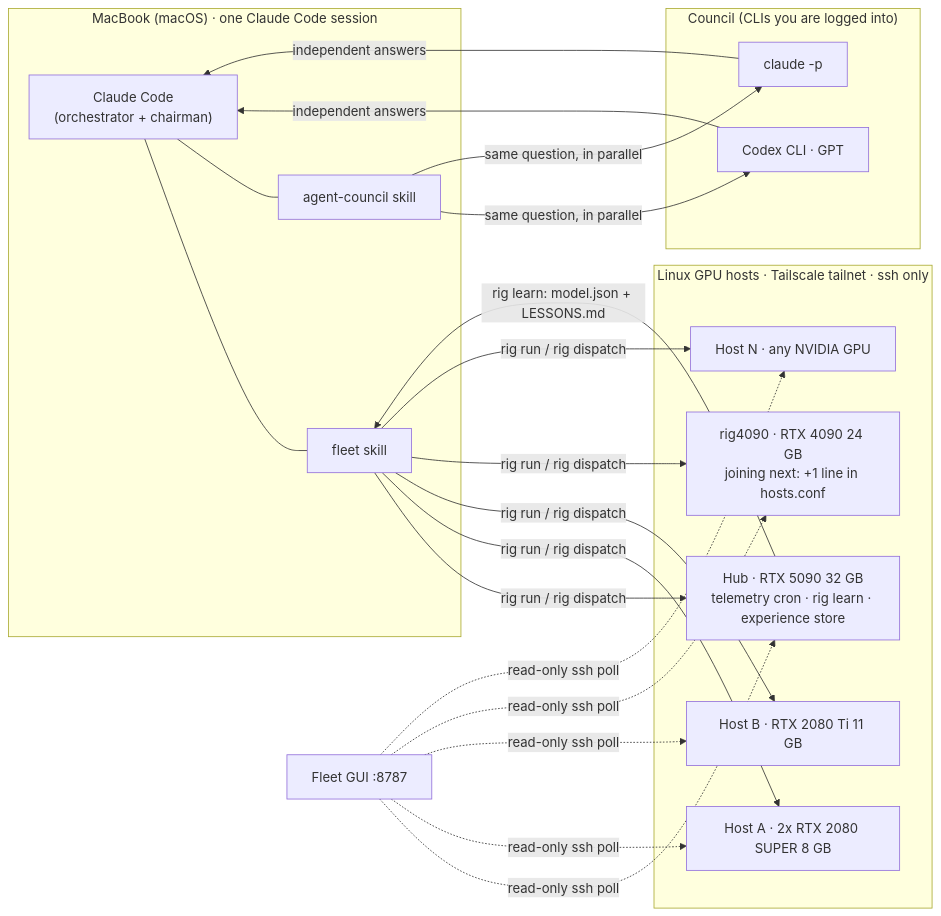
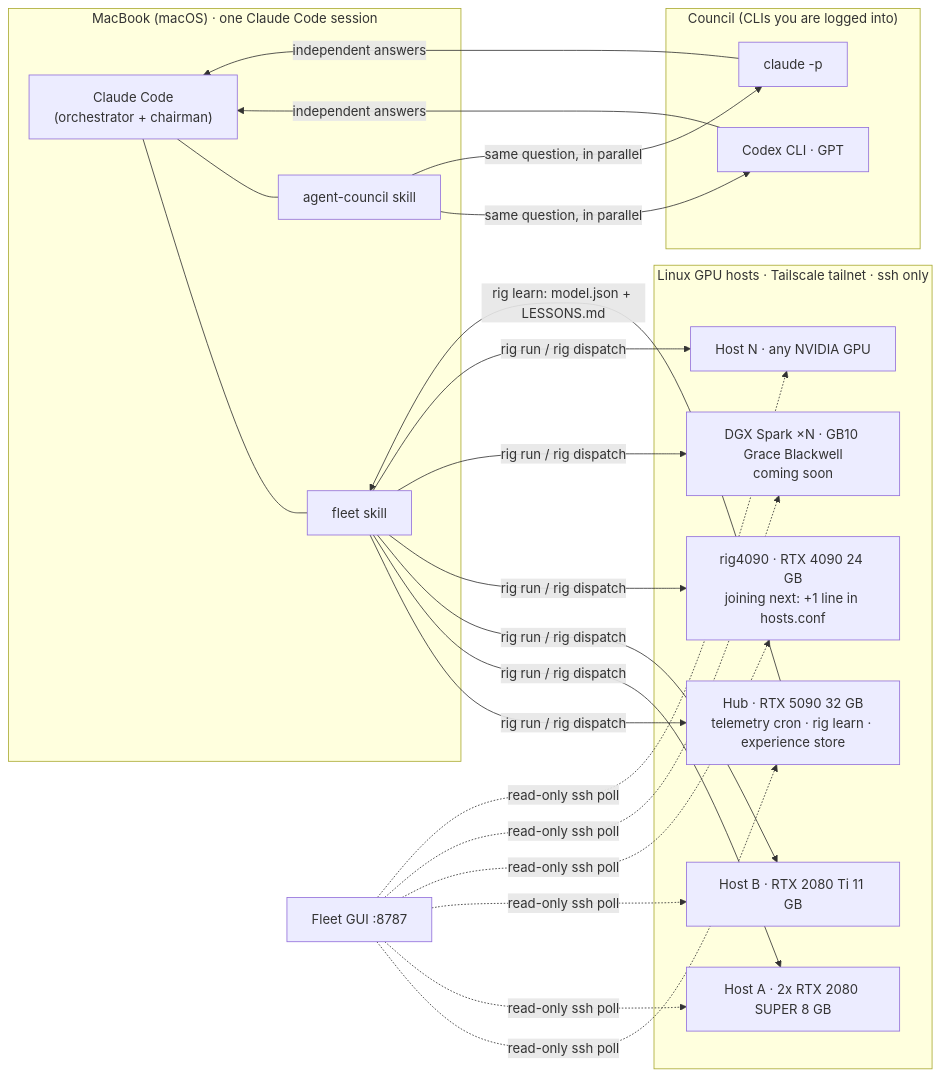
The diagram in README.md (odeij/fleet-council), drawn with Mermaid before and after one commit. The commit also changed other lines of this file, not shown here.

Commit message:
docs: DGX Spark nodes on the roadmap

````diff
--- a/README.md
+++ b/README.md
@@ -13,26 +13,27 @@
 ```mermaid
 flowchart LR
     subgraph Brain["MacBook (macOS) · one Claude Code session"]
         CC["Claude Code<br/>(orchestrator + chairman)"]
         FS["fleet skill"]
         AC["agent-council skill"]
         CC --- FS
         CC --- AC
     end
     subgraph Council["Council (CLIs you are logged into)"]
         CX["Codex CLI · GPT"]
         CL["claude -p"]
     end
     subgraph Tailnet["Linux GPU hosts · Tailscale tailnet · ssh only"]
         HUB["Hub · RTX 5090 32 GB<br/>telemetry cron · rig learn · experience store"]
         A["Host A · 2x RTX 2080 SUPER 8 GB"]
         B["Host B · RTX 2080 Ti 11 GB"]
         C["rig4090 · RTX 4090 24 GB<br/>joining next: +1 line in hosts.conf"]
+        S["DGX Spark ×N · GB10 Grace Blackwell<br/>coming soon"]
         N["Host N · any NVIDIA GPU"]
     end
     AC -->|same question, in parallel| CX & CL
     CX & CL -->|independent answers| CC
-    FS -->|rig run / rig dispatch| HUB & A & B & C & N
+    FS -->|rig run / rig dispatch| HUB & A & B & C & S & N
     HUB -->|rig learn: model.json + LESSONS.md| FS
-    GUI["Fleet GUI :8787"] -.->|read-only ssh poll| HUB & A & B & C & N
+    GUI["Fleet GUI :8787"] -.->|read-only ssh poll| HUB & A & B & C & S & N
 ```
````
